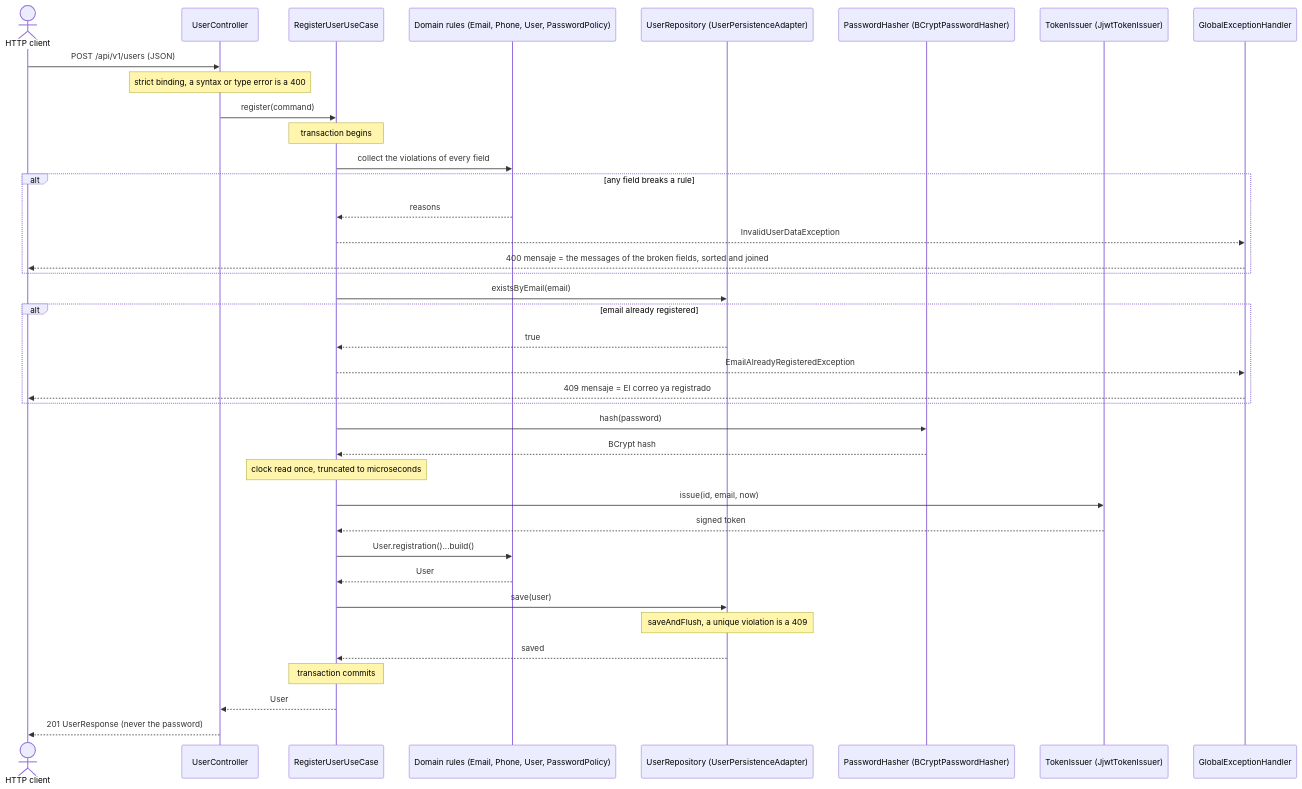
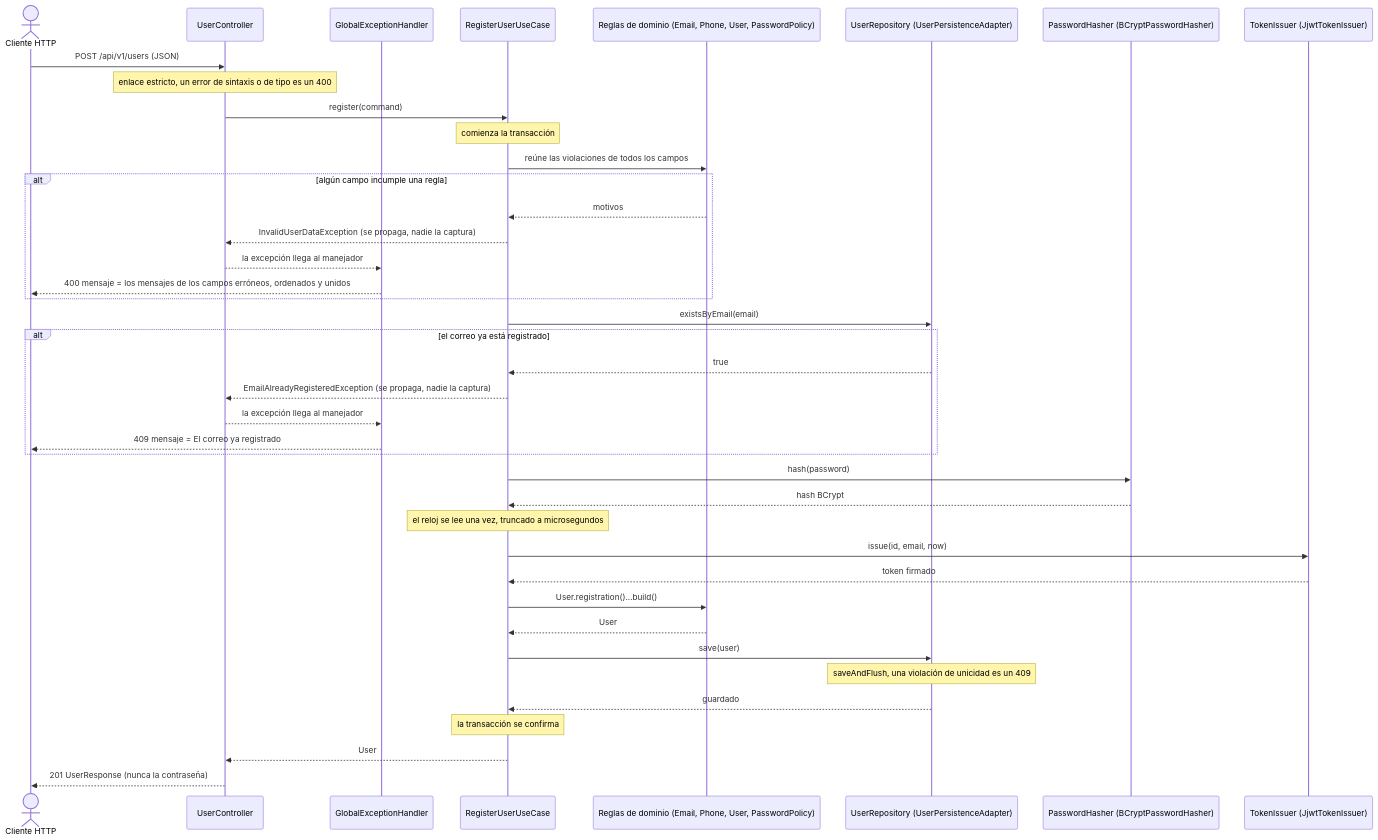
Before and after one commit to gussvill/registro-usuarios-api: the diagram in docs/diagrams/registration-sequence.mmd, drawn with Mermaid. The commit also changed 7 other files, not shown here.

```diff
--- a/docs/diagrams/registration-sequence.mmd
+++ b/docs/diagrams/registration-sequence.mmd
@@ -1,39 +1,41 @@
 sequenceDiagram
-  actor C as HTTP client
+  actor C as Cliente HTTP
   participant W as UserController
+  participant E as GlobalExceptionHandler
   participant U as RegisterUserUseCase
-  participant D as Domain rules (Email, Phone, User, PasswordPolicy)
+  participant D as Reglas de dominio (Email, Phone, User, PasswordPolicy)
   participant R as UserRepository (UserPersistenceAdapter)
   participant H as PasswordHasher (BCryptPasswordHasher)
   participant T as TokenIssuer (JjwtTokenIssuer)
-  participant E as GlobalExceptionHandler
 
   C->>W: POST /api/v1/users (JSON)
-  Note over W: strict binding, a syntax or type error is a 400
+  Note over W: enlace estricto, un error de sintaxis o de tipo es un 400
   W->>U: register(command)
-  Note over U: transaction begins
-  U->>D: collect the violations of every field
-  alt any field breaks a rule
-    D-->>U: reasons
-    U-->>E: InvalidUserDataException
-    E-->>C: 400 mensaje = the messages of the broken fields, sorted and joined
+  Note over U: comienza la transacción
+  U->>D: reúne las violaciones de todos los campos
+  alt algún campo incumple una regla
+    D-->>U: motivos
+    U-->>W: InvalidUserDataException (se propaga, nadie la captura)
+    W-->>E: la excepción llega al manejador
+    E-->>C: 400 mensaje = los mensajes de los campos erróneos, ordenados y unidos
   end
   U->>R: existsByEmail(email)
-  alt email already registered
+  alt el correo ya está registrado
     R-->>U: true
-    U-->>E: EmailAlreadyRegisteredException
+    U-->>W: EmailAlreadyRegisteredException (se propaga, nadie la captura)
+    W-->>E: la excepción llega al manejador
     E-->>C: 409 mensaje = El correo ya registrado
   end
   U->>H: hash(password)
-  H-->>U: BCrypt hash
-  Note over U: clock read once, truncated to microseconds
+  H-->>U: hash BCrypt
+  Note over U: el reloj se lee una vez, truncado a microsegundos
   U->>T: issue(id, email, now)
-  T-->>U: signed token
+  T-->>U: token firmado
   U->>D: User.registration()...build()
   D-->>U: User
   U->>R: save(user)
-  Note over R: saveAndFlush, a unique violation is a 409
-  R-->>U: saved
-  Note over U: transaction commits
+  Note over R: saveAndFlush, una violación de unicidad es un 409
+  R-->>U: guardado
+  Note over U: la transacción se confirma
   U-->>W: User
-  W-->>C: 201 UserResponse (never the password)
+  W-->>C: 201 UserResponse (nunca la contraseña)
```
